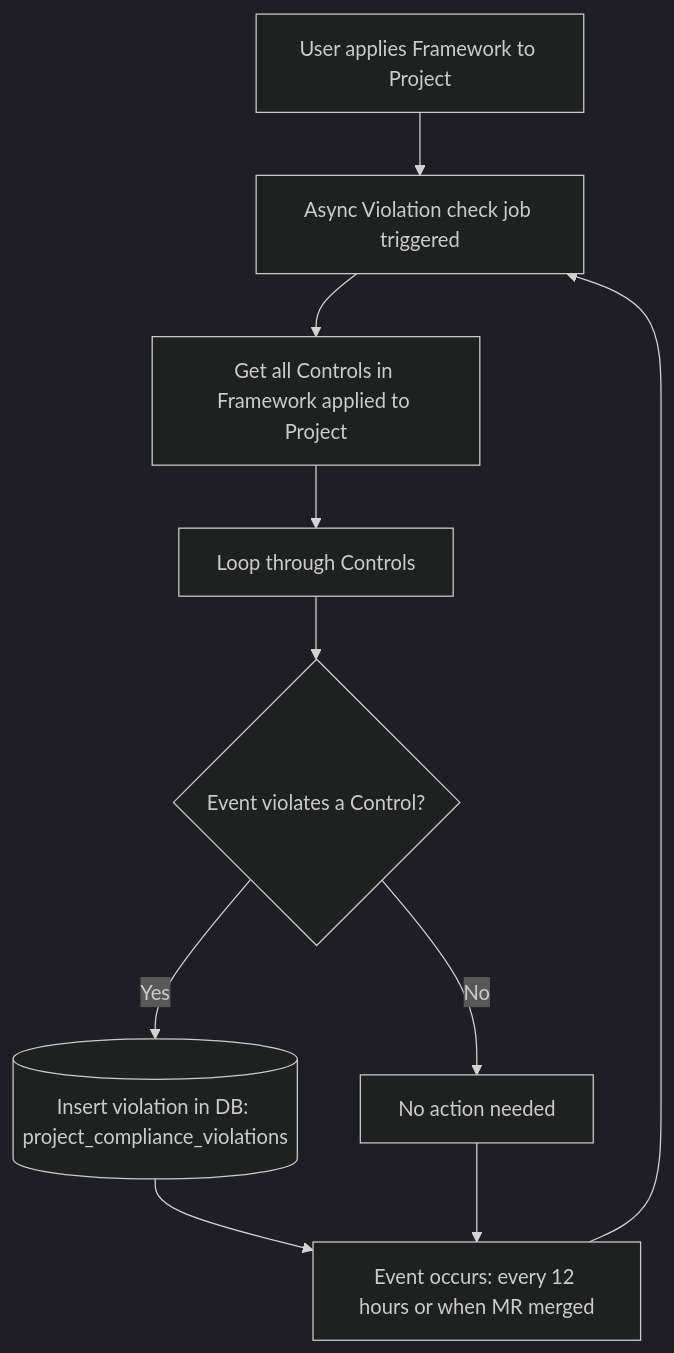
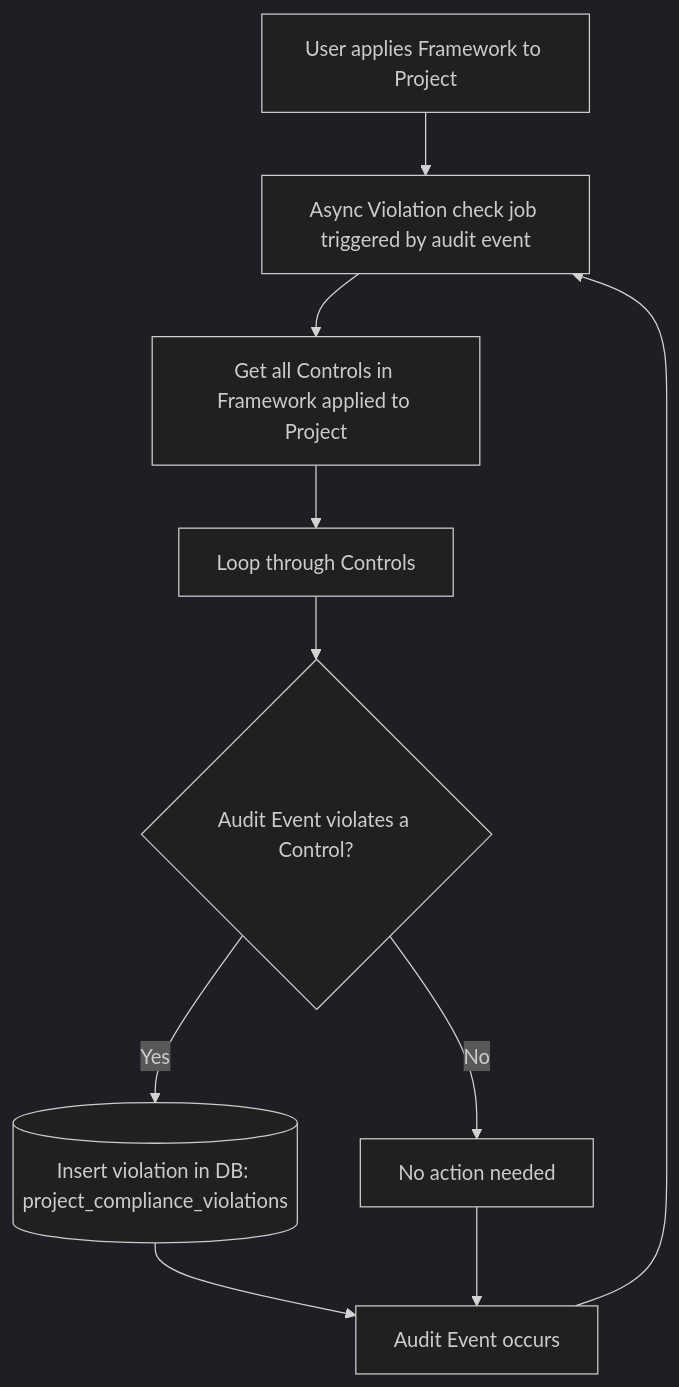
One commit to zalyoung/gitlab-handbook changed the fourth of 4 diagrams in content/handbook/engineering/architecture/design-documents/compliance-frameworks/_index.md. Above: the diagram before and after it, drawn with Mermaid (dark theme). The commit also changed other lines of this file and 1 other file, not shown here.

Commit message:
Update violations to emphasis audit events

````diff
--- a/content/handbook/engineering/architecture/design-documents/compliance-frameworks/_index.md
+++ b/content/handbook/engineering/architecture/design-documents/compliance-frameworks/_index.md
@@ -481,13 +481,13 @@
 ```mermaid
 flowchart TD
     %% Event-Triggered Violation Check
-    F[User applies Framework to Project] --> U[Async Violation check job triggered]
+    F[User applies Framework to Project] --> U[Async Violation check job triggered by audit event]
     U --> V[Get all Controls in Framework applied to Project]
     V --> W[Loop through Controls]
-    W --> X{Event violates a Control?}
+    W --> X{Audit Event violates a Control?}
     X -- Yes --> Y[Insert violation in DB: project_compliance_violations]@{ shape: cyl }
     X -- No --> Z[No action needed]
-    Y --> AA[Event occurs: every 12 hours or when MR merged]
+    Y --> AA[Audit Event occurs]
     Z --> AA
     AA --> U
 ```
````
